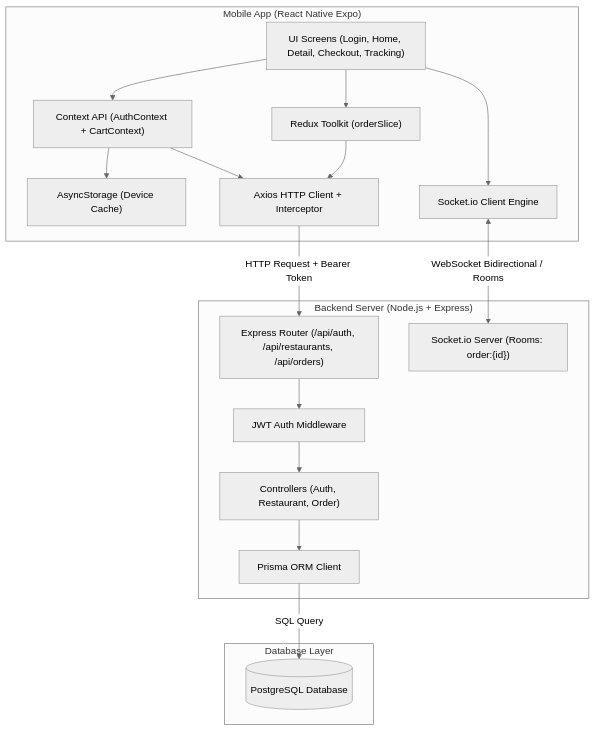
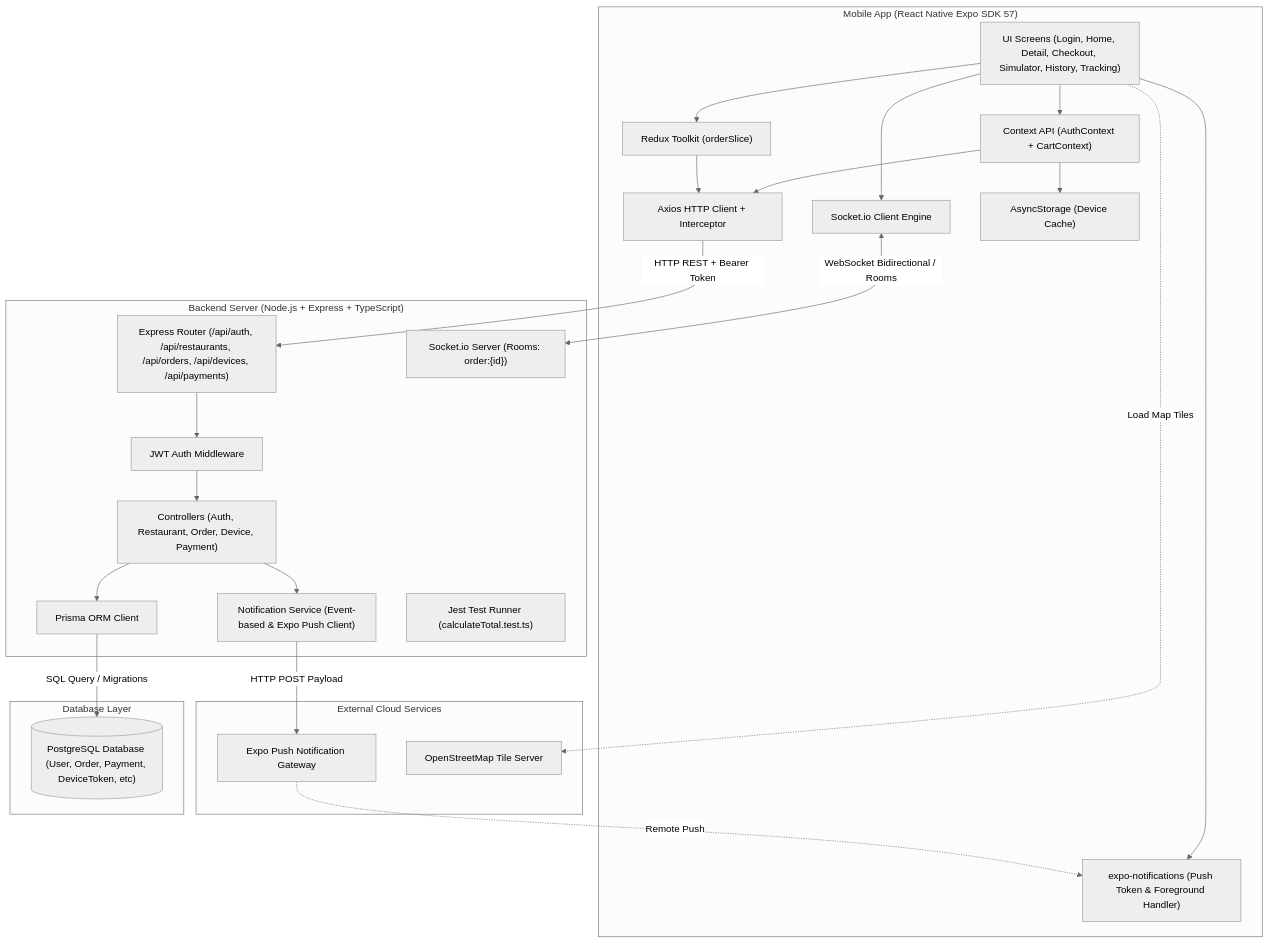
Before and after one commit to inii-man/gofood-clone-day1: the first of 2 diagrams in docs/01_ARSITEKTUR_DAN_OVERVIEW.md, drawn with Mermaid (neutral theme). The commit also changed other lines of this file and 34 other files, not shown here.

Commit message:
feat: implement payment processing, push notifications, device tracking, Jest unit tests, and Day 3 documentation

````diff
--- a/docs/01_ARSITEKTUR_DAN_OVERVIEW.md
+++ b/docs/01_ARSITEKTUR_DAN_OVERVIEW.md
@@ -11,38 +11,52 @@
 ```mermaid
 graph TD
-    subgraph Mobile Client ["Mobile App (React Native Expo)"]
-        UI["UI Screens (Login, Home, Detail, Checkout, Tracking)"]
+    subgraph Mobile Client ["Mobile App (React Native Expo SDK 57)"]
+        UI["UI Screens (Login, Home, Detail, Checkout, Simulator, History, Tracking)"]
         CTX["Context API (AuthContext + CartContext)"]
         RDX["Redux Toolkit (orderSlice)"]
         AXIOS["Axios HTTP Client + Interceptor"]
         SOCK_C["Socket.io Client Engine"]
         ASYNC["AsyncStorage (Device Cache)"]
+        NOTIF_C["expo-notifications (Push Token & Foreground Handler)"]
     end
 
-    subgraph Backend Server ["Backend Server (Node.js + Express)"]
-        ROUTER["Express Router (/api/auth, /api/restaurants, /api/orders)"]
+    subgraph Backend Server ["Backend Server (Node.js + Express + TypeScript)"]
+        ROUTER["Express Router (/api/auth, /api/restaurants, /api/orders, /api/devices, /api/payments)"]
         AUTH_MID["JWT Auth Middleware"]
-        CTRL["Controllers (Auth, Restaurant, Order)"]
+        CTRL["Controllers (Auth, Restaurant, Order, Device, Payment)"]
+        NOTIF_S["Notification Service (Event-based & Expo Push Client)"]
         PRISMA["Prisma ORM Client"]
         SOCK_S["Socket.io Server (Rooms: order:{id})"]
+        TEST["Jest Test Runner (calculateTotal.test.ts)"]
+    end
+
+    subgraph External Services ["External Cloud Services"]
+        EXPO_PUSH["Expo Push Notification Gateway"]
+        OSM["OpenStreetMap Tile Server"]
     end
 
     subgraph Database ["Database Layer"]
-        PG[("PostgreSQL Database")]
+        PG[("PostgreSQL Database (User, Order, Payment, DeviceToken, etc)")]
     end
 
     UI --> CTX
     UI --> RDX
+    UI --> NOTIF_C
     CTX --> ASYNC
     CTX --> AXIOS
     RDX --> AXIOS
     UI --> SOCK_C
+    UI -.->|Load Map Tiles| OSM
 
-    AXIOS -->|HTTP Request + Bearer Token| ROUTER
+    AXIOS -->|HTTP REST + Bearer Token| ROUTER
     ROUTER --> AUTH_MID
     AUTH_MID --> CTRL
     CTRL --> PRISMA
-    PRISMA -->|SQL Query| PG
+    CTRL --> NOTIF_S
+    PRISMA -->|SQL Query / Migrations| PG
+
+    NOTIF_S -->|HTTP POST Payload| EXPO_PUSH
+    EXPO_PUSH -.->|Remote Push| NOTIF_C
 
     SOCK_C <-->|WebSocket Bidirectional / Rooms| SOCK_S
 ```
````
